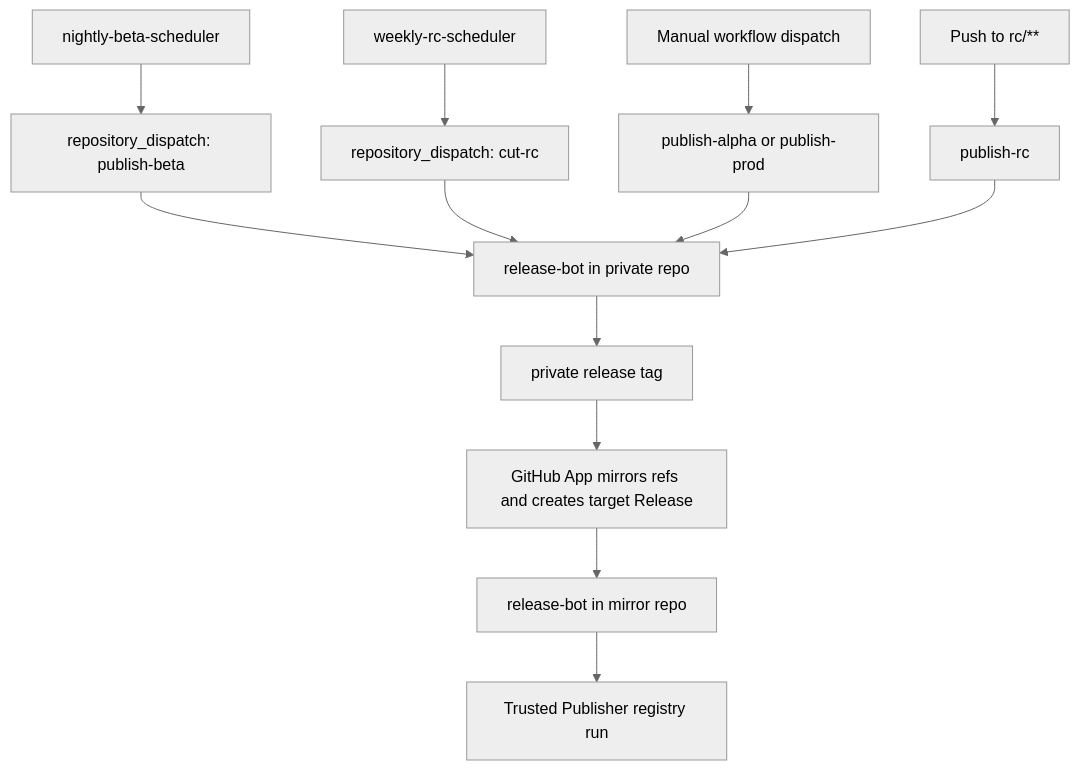
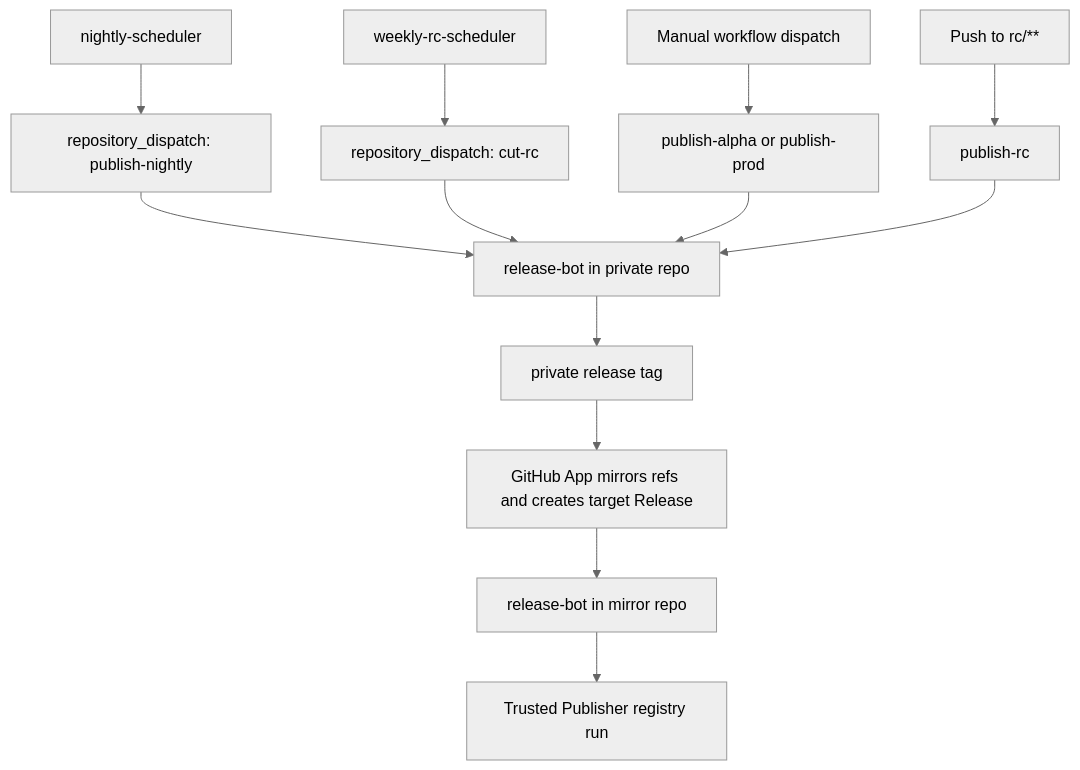
The diagram in README.md (loomb-oai/test-public-repo), drawn with Mermaid (neutral theme) before and after one commit. The commit also changed other lines of this file and 4 other files, not shown here.

Commit message:
ci: rename beta publishing to nightly

````diff
--- a/README.md
+++ b/README.md
@@ -106,15 +106,15 @@
 ```mermaid
 flowchart TD
-  A["nightly-beta-scheduler"] --> C["repository_dispatch: publish-beta"]
+  A["nightly-scheduler"] --> C["repository_dispatch: publish-nightly"]
   B["weekly-rc-scheduler"] --> D["repository_dispatch: cut-rc"]
   E["Manual workflow dispatch"] --> F["publish-alpha or publish-prod"]
   G["Push to rc/**"] --> H["publish-rc"]
   C --> I["release-bot in private repo"]
   D --> I
   F --> I
   H --> I
   I --> J["private release tag"]
   J --> K["GitHub App mirrors refs and creates target Release"]
   K --> L["release-bot in mirror repo"]
   L --> M["Trusted Publisher registry run"]
 ```
````
